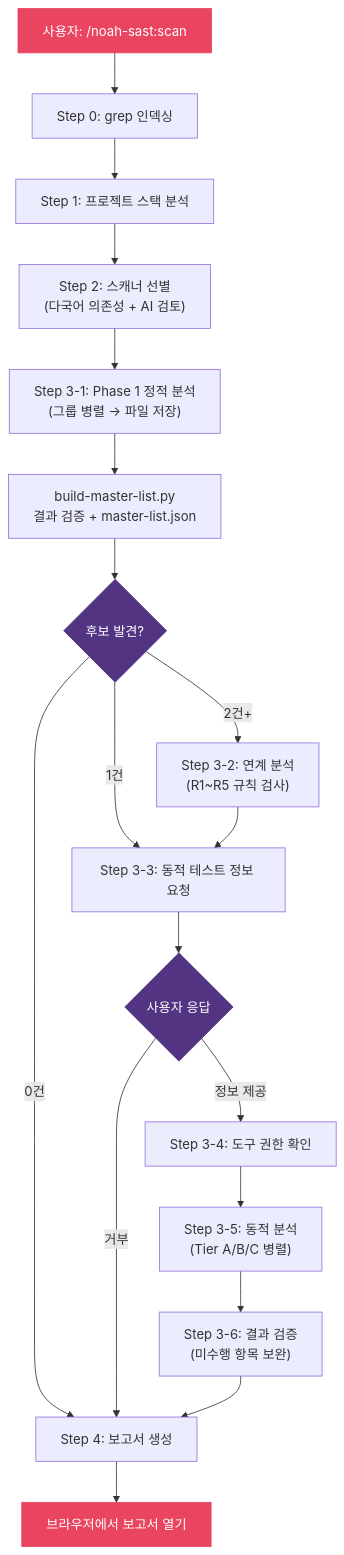
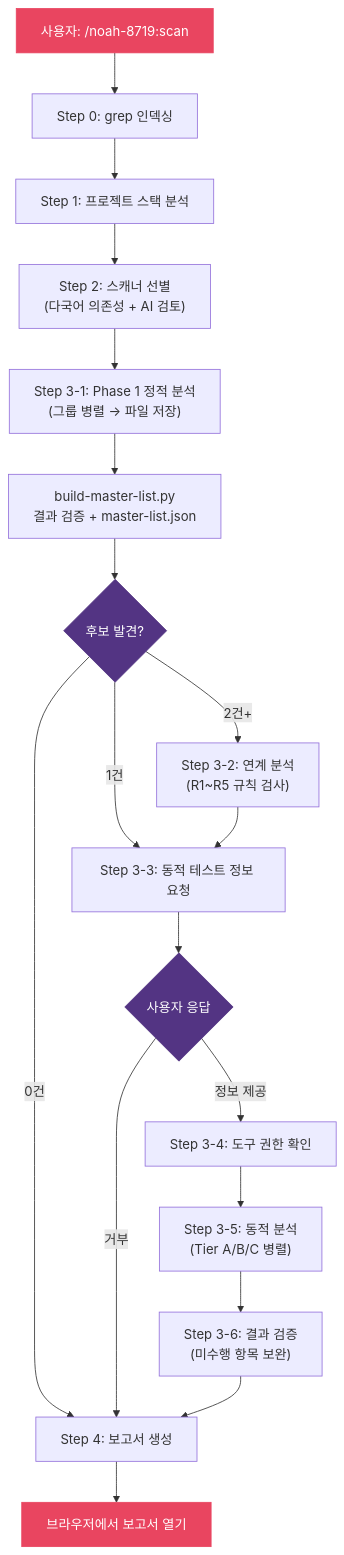
Before and after one commit to nomarlhack/noah-sast: the fifth of 5 diagrams in README.md, drawn with Mermaid. The commit also changed other lines of this file and 152 other files, not shown here.

First line of the commit message:
refactor: 플러그인명 noah-8719 + SAST 구성요소를 skills/scan/ 하위로 이동

````diff
--- a/README.md
+++ b/README.md
@@ -627,25 +630,25 @@
 ```mermaid
 flowchart TD
-    User["사용자: /noah-sast:scan"] --> S0["Step 0: grep 인덱싱"]
+    User["사용자: /noah-8719:scan"] --> S0["Step 0: grep 인덱싱"]
     S0 --> S1["Step 1: 프로젝트 스택 분석"]
     S1 --> S2["Step 2: 스캐너 선별\n(다국어 의존성 + AI 검토)"]
     S2 --> S3["Step 3-1: Phase 1 정적 분석\n(그룹 병렬 → 파일 저장)"]
     S3 --> BML2["build-master-list.py\n결과 검증 + master-list.json"]
     BML2 --> Check{후보 발견?}
     Check -->|0건| S4["Step 4: 보고서 생성"]
     Check -->|2건+| Chain["Step 3-2: 연계 분석\n(R1~R5 규칙 검사)"]
     Check -->|1건| Ask
     Chain --> Ask["Step 3-3: 동적 테스트 정보 요청"]
     Ask --> UserReply{사용자 응답}
     UserReply -->|정보 제공| Perm["Step 3-4: 도구 권한 확인"]
     UserReply -->|거부| S4
     Perm --> Dynamic["Step 3-5: 동적 분석\n(Tier A/B/C 병렬)"]
     Dynamic --> Verify["Step 3-6: 결과 검증\n(미수행 항목 보완)"]
     Verify --> S4
     S4 --> Open["브라우저에서 보고서 열기"]
 
     style User fill:#e94560,stroke:#e94560,color:#fff
     style Open fill:#e94560,stroke:#e94560,color:#fff
     style Check fill:#533483,stroke:#533483,color:#fff
     style UserReply fill:#533483,stroke:#533483,color:#fff
 ```
````
